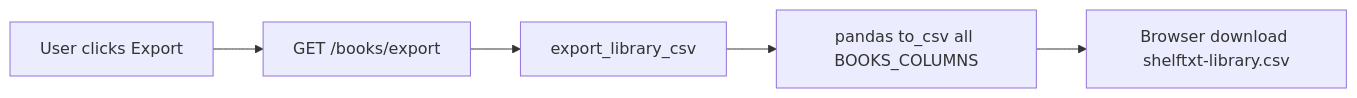
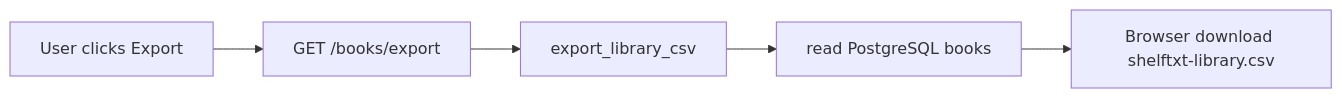
Before and after one commit to tranguyeenn/shelftxt: the second of 2 diagrams in docs/engineering/import-export.md, drawn with Mermaid. The commit also changed other lines of this file and 2 other files, not shown here.

Commit message:
docs: finalize PostgreSQL migration documentation

````diff
--- a/docs/engineering/import-export.md
+++ b/docs/engineering/import-export.md
@@ -94,7 +91,7 @@
 ```mermaid
 flowchart LR
   A[User clicks Export] --> B[GET /books/export]
   B --> C[export_library_csv]
-  C --> D[pandas to_csv all BOOKS_COLUMNS]
+  C --> D[read PostgreSQL books]
   D --> E[Browser download shelftxt-library.csv]
 ```
````
